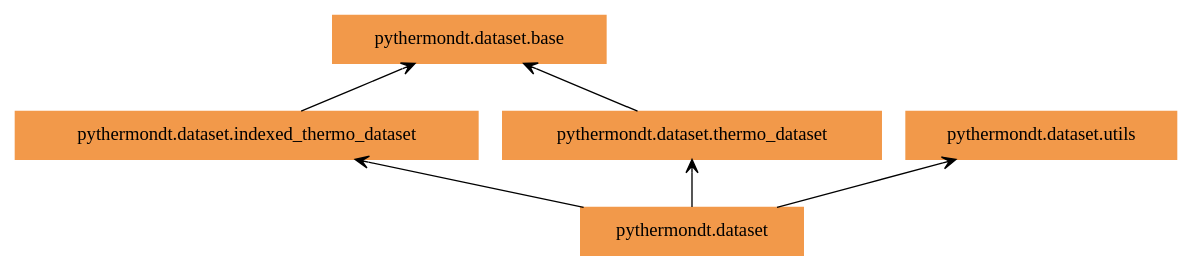
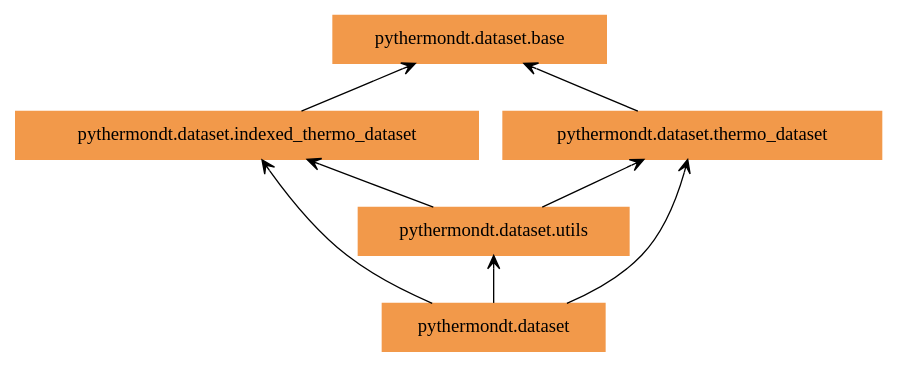
Before and after one commit to voidsy-gmbh/pyThermoNDT: the diagram in docs/pyreverse/graphviz/packages_pythermondt.dataset.gv, drawn with Graphviz. The commit also changed 11 other files, not shown here.

```diff
--- a/docs/pyreverse/graphviz/packages_pythermondt.dataset.gv
+++ b/docs/pyreverse/graphviz/packages_pythermondt.dataset.gv
@@ -1,14 +1,16 @@
 digraph "packages_pythermondt.dataset" {
 rankdir=BT
 charset="utf-8"
 "pythermondt.dataset" [color="#F2994A", label=<pythermondt.dataset>, shape="box", style="filled"];
 "pythermondt.dataset.base" [color="#F2994A", label=<pythermondt.dataset.base>, shape="box", style="filled"];
 "pythermondt.dataset.indexed_thermo_dataset" [color="#F2994A", label=<pythermondt.dataset.indexed_thermo_dataset>, shape="box", style="filled"];
 "pythermondt.dataset.thermo_dataset" [color="#F2994A", label=<pythermondt.dataset.thermo_dataset>, shape="box", style="filled"];
 "pythermondt.dataset.utils" [color="#F2994A", label=<pythermondt.dataset.utils>, shape="box", style="filled"];
 "pythermondt.dataset" -> "pythermondt.dataset.indexed_thermo_dataset" [arrowhead="open", arrowtail="none"];
 "pythermondt.dataset" -> "pythermondt.dataset.thermo_dataset" [arrowhead="open", arrowtail="none"];
 "pythermondt.dataset" -> "pythermondt.dataset.utils" [arrowhead="open", arrowtail="none"];
 "pythermondt.dataset.indexed_thermo_dataset" -> "pythermondt.dataset.base" [arrowhead="open", arrowtail="none"];
 "pythermondt.dataset.thermo_dataset" -> "pythermondt.dataset.base" [arrowhead="open", arrowtail="none"];
+"pythermondt.dataset.utils" -> "pythermondt.dataset.indexed_thermo_dataset" [arrowhead="open", arrowtail="none"];
+"pythermondt.dataset.utils" -> "pythermondt.dataset.thermo_dataset" [arrowhead="open", arrowtail="none"];
 }
```
